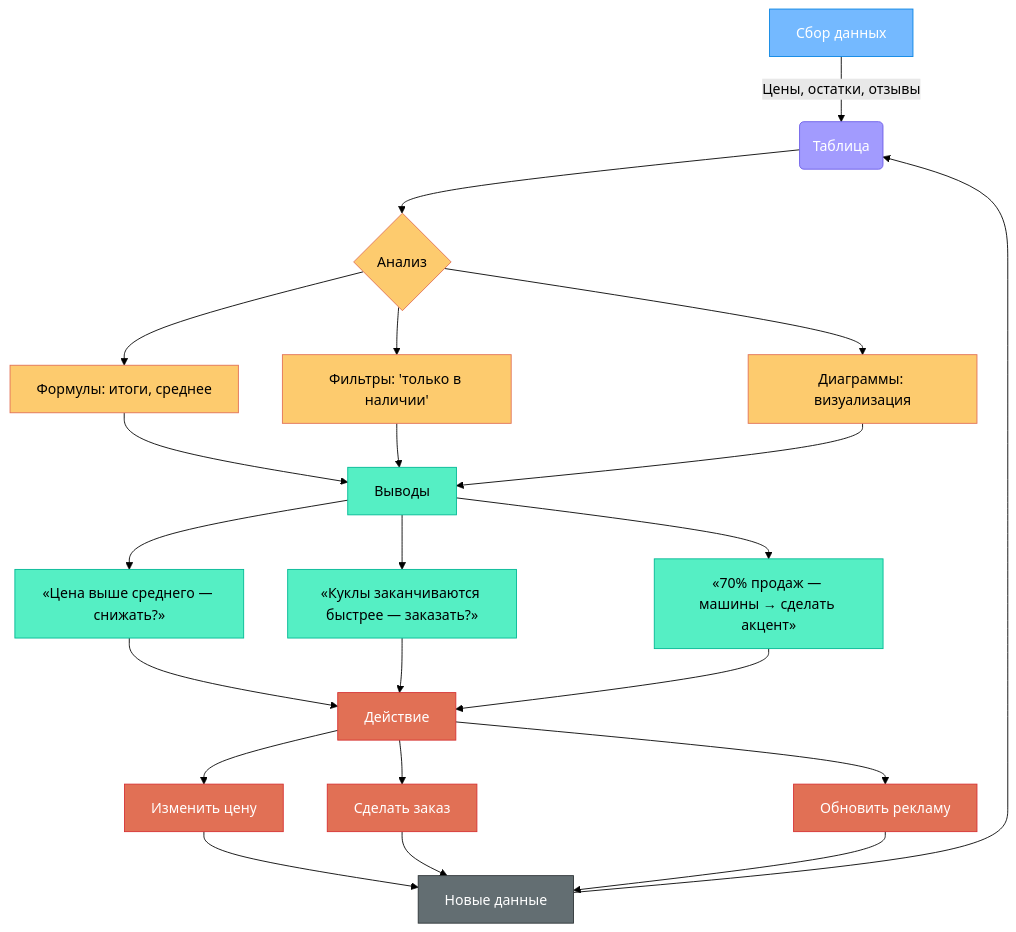
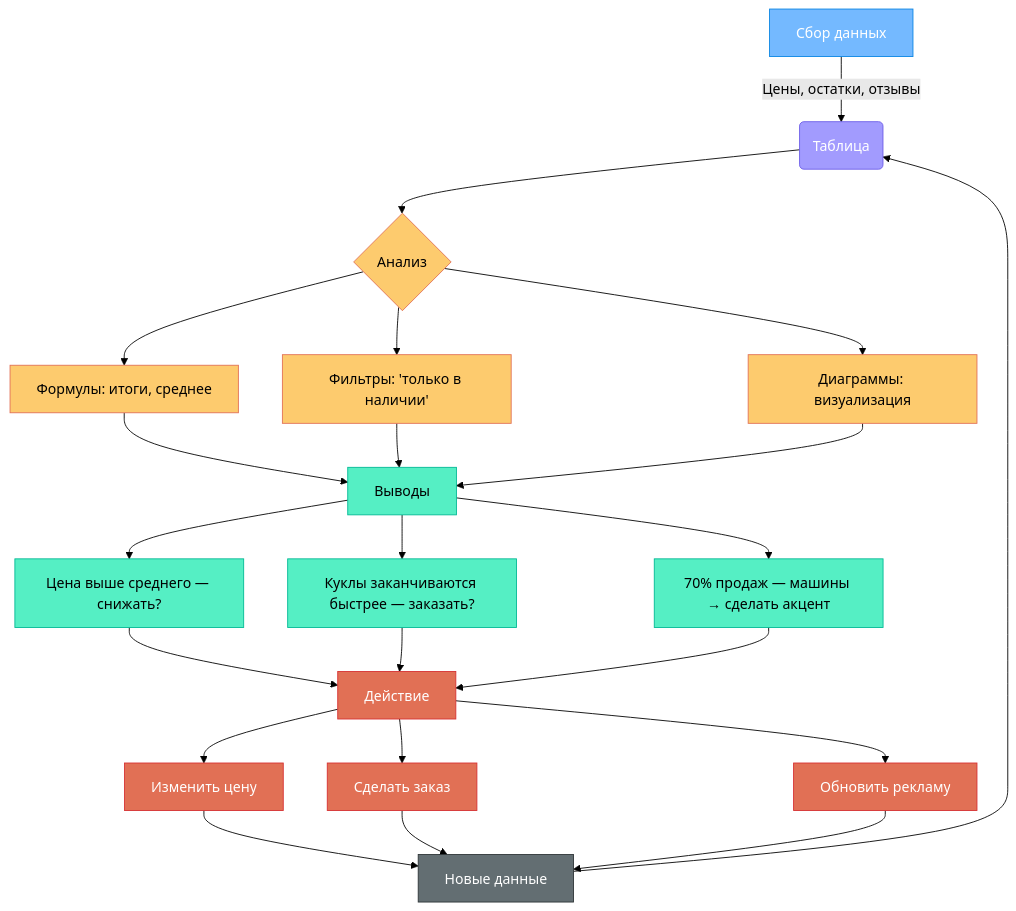
One commit to Spirzen/it-knowledge-base changed the diagram in docs/encyclopedia/9-spinoff/9-11-dlya-detey/4-programmy/5.md. Above: the diagram before and after it, drawn with Mermaid (forest theme). The commit also changed other lines of this file and 2003 other files, not shown here.

````diff
--- a/docs/encyclopedia/9-spinoff/9-11-dlya-detey/4-programmy/5.md
+++ b/docs/encyclopedia/9-spinoff/9-11-dlya-detey/4-programmy/5.md
@@ -184,44 +184,44 @@
 ```mermaid
 flowchart TB
     A[Сбор данных] -->|Цены, остатки, отзывы| B(Таблица)
     B --> C{Анализ}
     C --> C1[Формулы: итоги, среднее]
     C --> C2[Фильтры: 'только в наличии']
     C --> C3[Диаграммы: визуализация]
     
     C1 --> D[Выводы]
     C2 --> D
     C3 --> D
     
-    D --> D1[«Цена выше среднего — снижать?»]
-    D --> D2[«Куклы заканчиваются быстрее — заказать?»]
-    D --> D3[«70% продаж — машины → сделать акцент»]
+    D --> D1["Цена выше среднего — снижать?"]
+    D --> D2["Куклы заканчиваются быстрее — заказать?"]
+    D --> D3["70% продаж — машины → сделать акцент"]
     
     D1 --> E[Действие]
     D2 --> E
     D3 --> E
     
     E --> E1[Изменить цену]
     E --> E2[Сделать заказ]
     E --> E3[Обновить рекламу]
     
     E1 --> F[Новые данные]
     E2 --> F
     E3 --> F
     
     F --> B
     
     classDef Данные fill:#74b9ff,stroke:#0984e3,color:white;
     classDef table fill:#a29bfe,stroke:#6c5ce7,color:white;
     classDef analysis fill:#fdcb6e,stroke:#e17055;
     classDef insight fill:#55efc4,stroke:#00b894;
     classDef action fill:#e17055,stroke:#d63031,color:white;
     classDef loop fill:#636e72,stroke:#2d3436,color:white;
     
     class A Данные;
     class B table;
     class C,C1,C2,C3 analysis;
     class D,D1,D2,D3 insight;
     class E,E1,E2,E3 action;
     class F loop;
 ```
````
